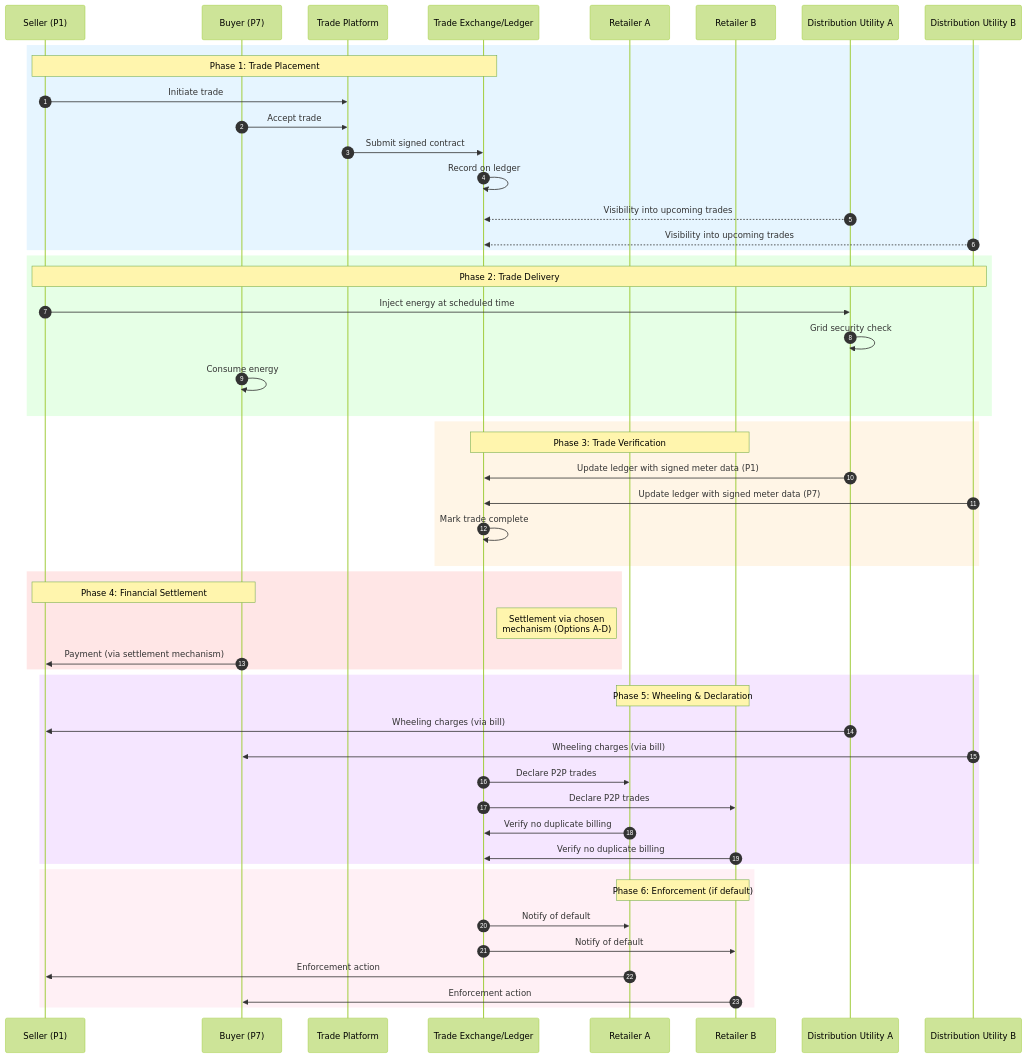
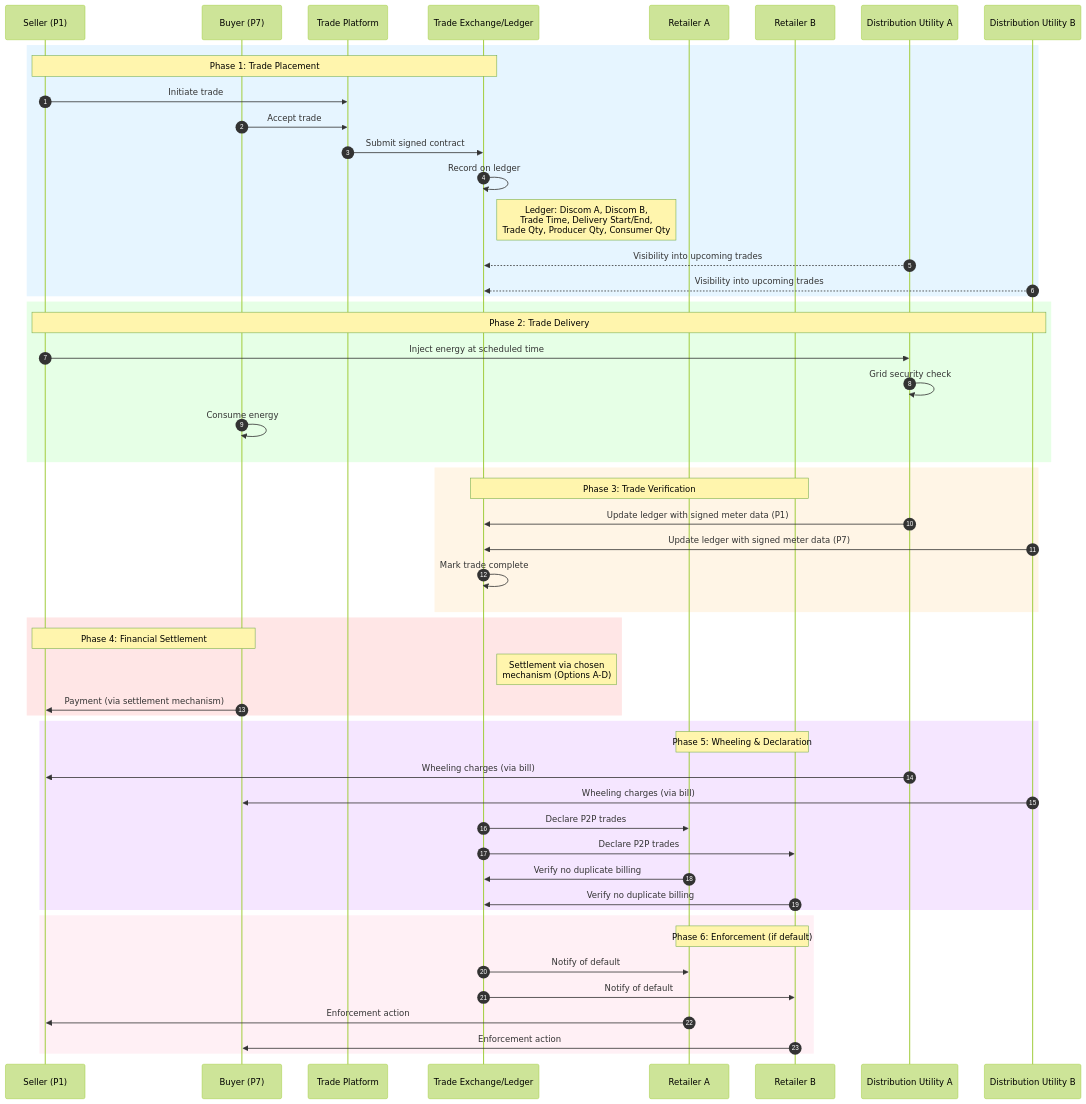
The first of 12 diagrams in docs/implementation-guides/v2/P2P_Trading/Inter_energy_retailer_P2P_trading_draft.md (Beckn-One/DEG), drawn with Mermaid (forest theme) before and after one commit. The commit also changed other lines of this file, not shown here.

Commit message:
added trade ledger details and anto double dipping formulae

````diff
--- a/docs/implementation-guides/v2/P2P_Trading/Inter_energy_retailer_P2P_trading_draft.md
+++ b/docs/implementation-guides/v2/P2P_Trading/Inter_energy_retailer_P2P_trading_draft.md
@@ -53,60 +53,61 @@
 ```mermaid
 sequenceDiagram
     autonumber
     participant S as Seller (P1)
     participant B as Buyer (P7)
     participant TP as Trade Platform
     participant TE as Trade Exchange/Ledger
     participant RA as Retailer A
     participant RB as Retailer B
     participant DU_A as Distribution Utility A
     participant DU_B as Distribution Utility B
 
     rect rgb(230, 245, 255)
     note over S,TE: Phase 1: Trade Placement
     S->>TP: Initiate trade
     B->>TP: Accept trade
     TP->>TE: Submit signed contract
     TE->>TE: Record on ledger
+    Note right of TE: Ledger: Discom A, Discom B,<br/>Trade Time, Delivery Start/End,<br/>Trade Qty, Producer Qty, Consumer Qty
     DU_A-->>TE: Visibility into upcoming trades
     DU_B-->>TE: Visibility into upcoming trades
     end
 
     rect rgb(230, 255, 230)
     note over S,DU_B: Phase 2: Trade Delivery
     S->>DU_A: Inject energy at scheduled time
     DU_A->>DU_A: Grid security check
     B->>B: Consume energy
     end
 
     rect rgb(255, 245, 230)
     note over TE,RB: Phase 3: Trade Verification
     DU_A->>TE: Update ledger with signed meter data (P1)
     DU_B->>TE: Update ledger with signed meter data (P7)
     TE->>TE: Mark trade complete
     end
 
     rect rgb(255, 230, 230)
     note over S,B: Phase 4: Financial Settlement
     Note right of TE: Settlement via chosen<br/>mechanism (Options A-D)
     B->>S: Payment (via settlement mechanism)
     end
 
     rect rgb(245, 230, 255)
     note over RA,RB: Phase 5: Wheeling & Declaration
     DU_A->>S: Wheeling charges (via bill)
     DU_B->>B: Wheeling charges (via bill)
     TE->>RA: Declare P2P trades
     TE->>RB: Declare P2P trades
     RA->>TE: Verify no duplicate billing
     RB->>TE: Verify no duplicate billing
     end
 
     rect rgb(255, 240, 245)
     note over RA,RB: Phase 6: Enforcement (if default)
     TE->>RA: Notify of default
     TE->>RB: Notify of default
     RA->>S: Enforcement action
     RB->>B: Enforcement action
     end
 ```
````
